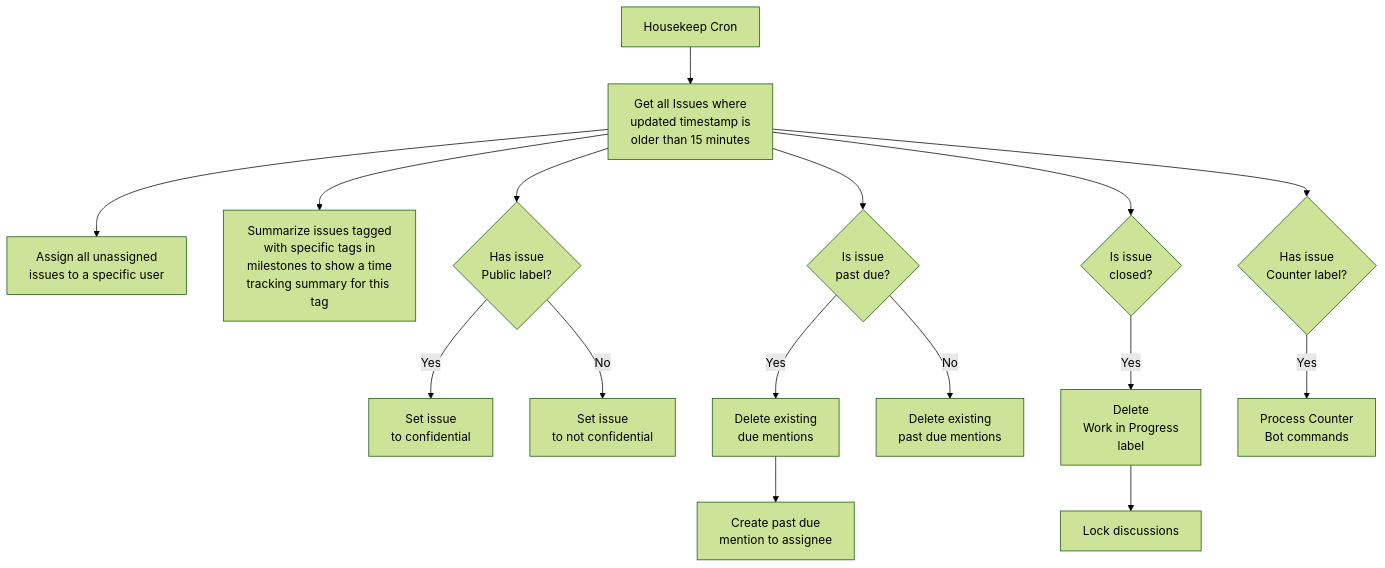
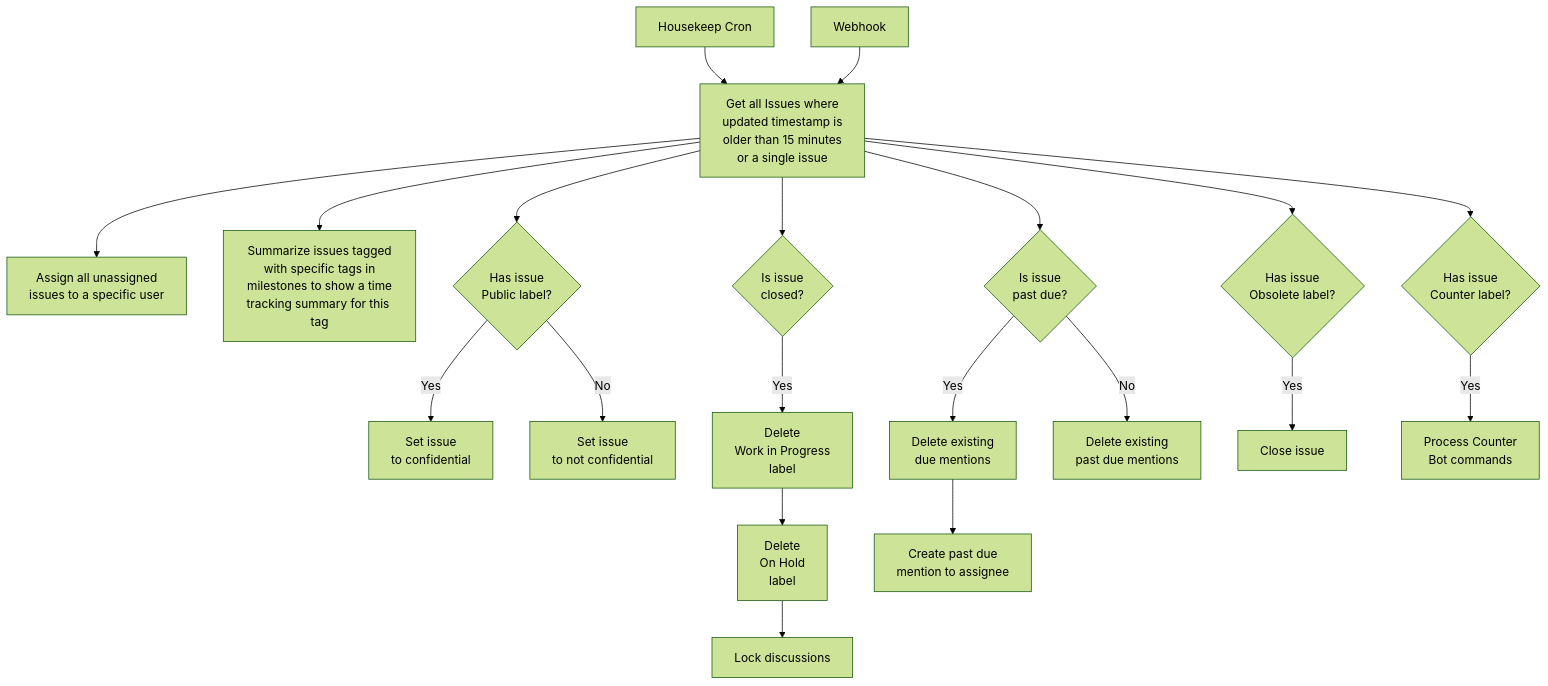
One commit to perryflynn/taskomat changed the first of 2 diagrams in README.md. Above: the diagram before and after it, drawn with Mermaid (forest theme). The commit also changed other lines of this file and 1 other file, not shown here.

Commit message:
obsolete label should autoclose issues

````diff
--- a/README.md
+++ b/README.md
@@ -33,18 +34,22 @@
 ```mermaid
 graph TD
-    hk[Housekeep Cron] --> issues[Get all Issues where<br>updated timestamp is<br>older than 15 minutes]
+    hk[Housekeep Cron] --> issues[Get all Issues where<br>updated timestamp is<br>older than 15 minutes<br>or a single issue]
+    wekhook[Webhook] --> issues
     issues --> assign[Assign all unassigned<br>issues to a specific user]
     issues --> milestone[Summarize issues tagged<br>with specific tags in<br>milestones to show a time<br>tracking summary for this tag]
     issues --> ispublic{Has issue<br>Public label?}
     ispublic -->|Yes| confidential[Set issue<br>to confidential]
     ispublic -->|No| noconfidential[Set issue<br>to not confidential]
     issues --> isdue{Is issue<br>past due?}
     isdue -->|Yes| delduemsg2[Delete existing<br>due mentions]
     issues --> isclosed{Is issue<br>closed?}
     isclosed -->|Yes| delwip[Delete<br>Work in Progress<br>label]
-    delwip --> lock[Lock discussions]
+    delwip --> delonhold[Delete<br>On Hold<br>label]
+    delonhold --> lock[Lock discussions]
     delduemsg2 --> addue[Create past due<br>mention to assignee]
     isdue -->|No| delduemsg[Delete existing<br>past due mentions]
     issues --> iscounter{Has issue<br>Counter label?}
+    issues --> isobsolete{Has issue<br>Obsolete label?}
+    isobsolete -->|Yes| close[Close issue]
     iscounter -->|Yes| countit[Process Counter<br>Bot commands]
 ```
````
